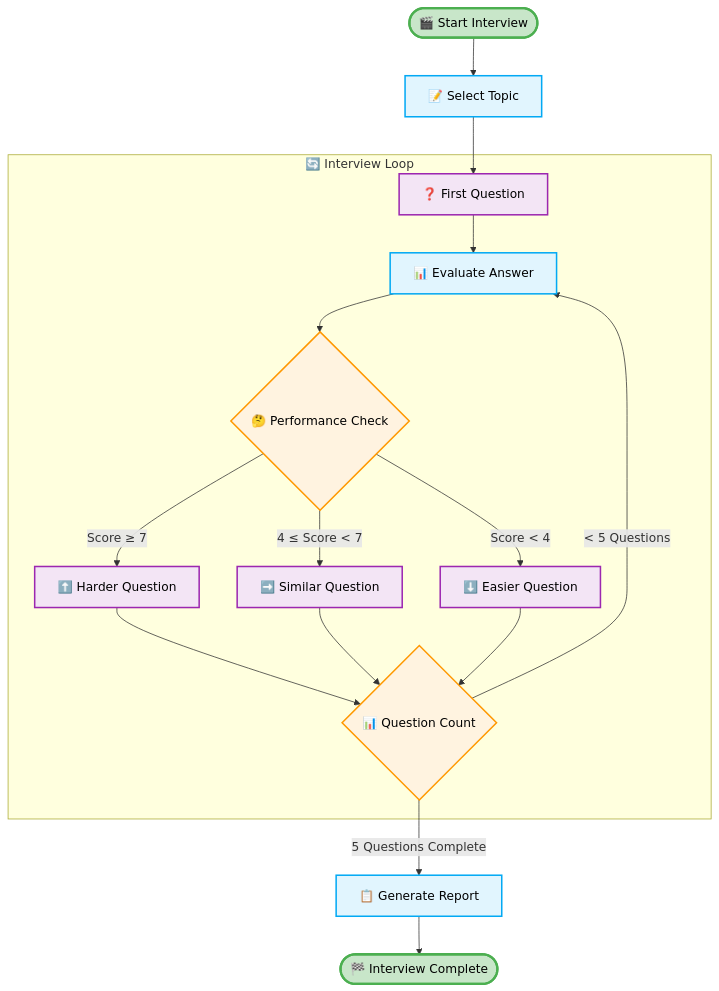
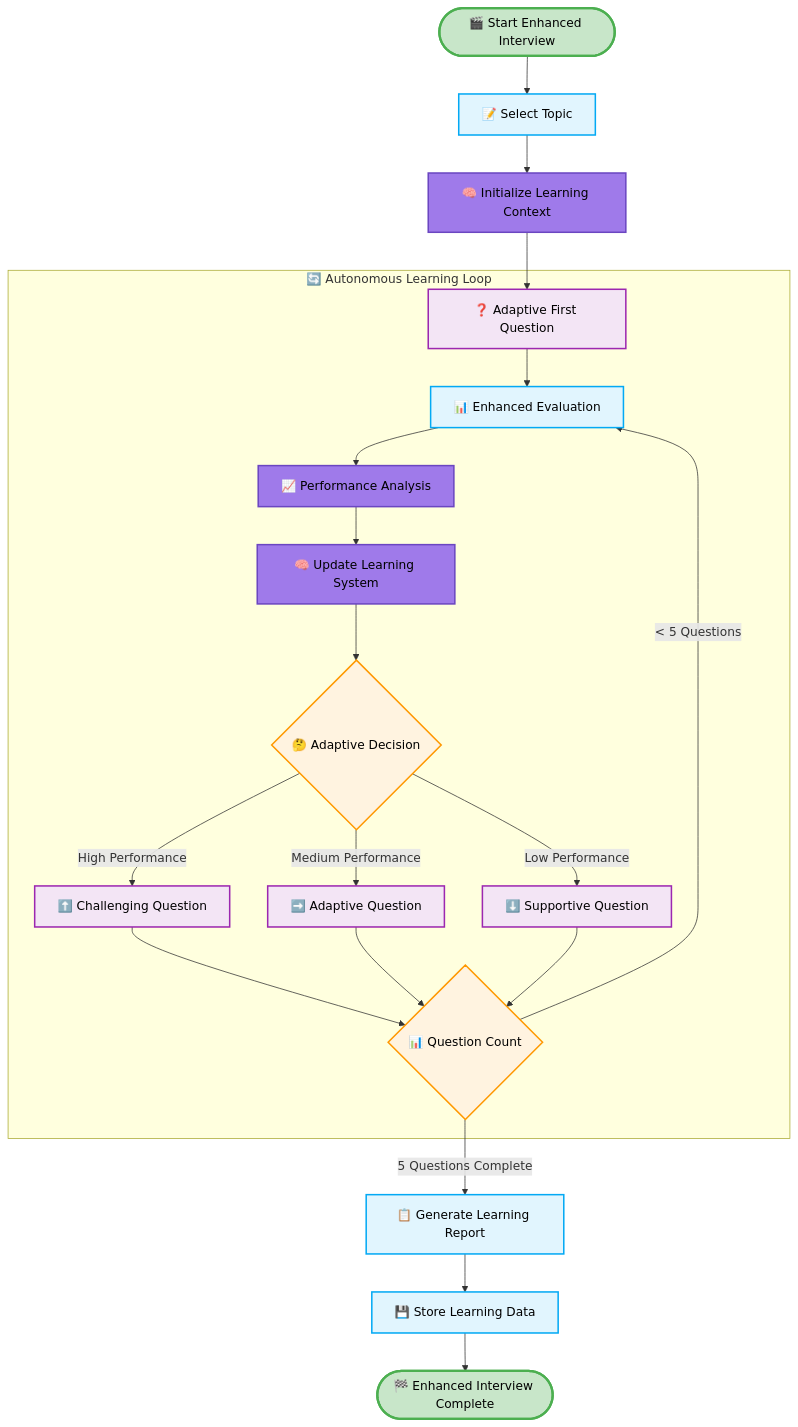
One commit to VIKAS9793/ai-interviewer-langchain changed the second of 4 diagrams in README.md. Above: the diagram before and after it, drawn with Mermaid. The commit also changed other lines of this file and 11 other files, not shown here.

First line of the commit message:
Implement enhanced autonomous learning system with offline optimization

````diff
--- a/README.md
+++ b/README.md
@@ -304,33 +321,39 @@
 ```mermaid
 flowchart TD
-    Start([🎬 Start Interview]) --> SelectTopic[📝 Select Topic]
-    SelectTopic --> FirstQuestion[❓ First Question]
+    Start([🎬 Start Enhanced Interview]) --> SelectTopic[📝 Select Topic]
+    SelectTopic --> InitializeLearning[🧠 Initialize Learning Context]
+    InitializeLearning --> FirstQuestion[❓ Adaptive First Question]
     
-    subgraph InterviewLoop ["🔄 Interview Loop"]
-        FirstQuestion --> EvaluateAnswer[📊 Evaluate Answer]
-        EvaluateAnswer --> Decision{🤔 Performance Check}
+    subgraph LearningLoop ["🔄 Autonomous Learning Loop"]
+        FirstQuestion --> EvaluateAnswer[📊 Enhanced Evaluation]
+        EvaluateAnswer --> AnalyzePerformance[📈 Performance Analysis]
+        AnalyzePerformance --> UpdateLearning[🧠 Update Learning System]
+        UpdateLearning --> Decision{🤔 Adaptive Decision}
         
-        Decision -->|Score ≥ 7| HarderQuestion[⬆️ Harder Question]
-        Decision -->|4 ≤ Score < 7| SimilarQuestion[➡️ Similar Question]
-        Decision -->|Score < 4| EasierQuestion[⬇️ Easier Question]
+        Decision -->|High Performance| ChallengingQuestion[⬆️ Challenging Question]
+        Decision -->|Medium Performance| AdaptiveQuestion[➡️ Adaptive Question]
+        Decision -->|Low Performance| SupportiveQuestion[⬇️ Supportive Question]
         
-        HarderQuestion --> QuestionCount{📊 Question Count}
-        SimilarQuestion --> QuestionCount
-        EasierQuestion --> QuestionCount
+        ChallengingQuestion --> QuestionCount{📊 Question Count}
+        AdaptiveQuestion --> QuestionCount
+        SupportiveQuestion --> QuestionCount
         
         QuestionCount -->|< 5 Questions| EvaluateAnswer
     end
     
-    QuestionCount -->|5 Questions Complete| GenerateReport[📋 Generate Report]
-    GenerateReport --> End([🏁 Interview Complete])
+    QuestionCount -->|5 Questions Complete| GenerateLearningReport[📋 Generate Learning Report]
+    GenerateLearningReport --> StoreLearning[💾 Store Learning Data]
+    StoreLearning --> End([🏁 Enhanced Interview Complete])
     
     classDef startEnd fill:#c8e6c9,stroke:#4caf50,stroke-width:3px,color:#000000
     classDef process fill:#e1f5fe,stroke:#03a9f4,stroke-width:2px,color:#000000
+    classDef learning fill:#9f7aea,stroke:#6b46c1,stroke-width:2px,color:#000000
     classDef decision fill:#fff3e0,stroke:#ff9800,stroke-width:2px,color:#000000
     classDef question fill:#f3e5f5,stroke:#9c27b0,stroke-width:2px,color:#000000
     
     class Start,End startEnd
-    class SelectTopic,EvaluateAnswer,GenerateReport process
+    class SelectTopic,EvaluateAnswer,GenerateLearningReport,StoreLearning process
+    class InitializeLearning,AnalyzePerformance,UpdateLearning learning
     class Decision,QuestionCount decision
-    class FirstQuestion,HarderQuestion,SimilarQuestion,EasierQuestion question
+    class FirstQuestion,ChallengingQuestion,AdaptiveQuestion,SupportiveQuestion question
 ```
````
